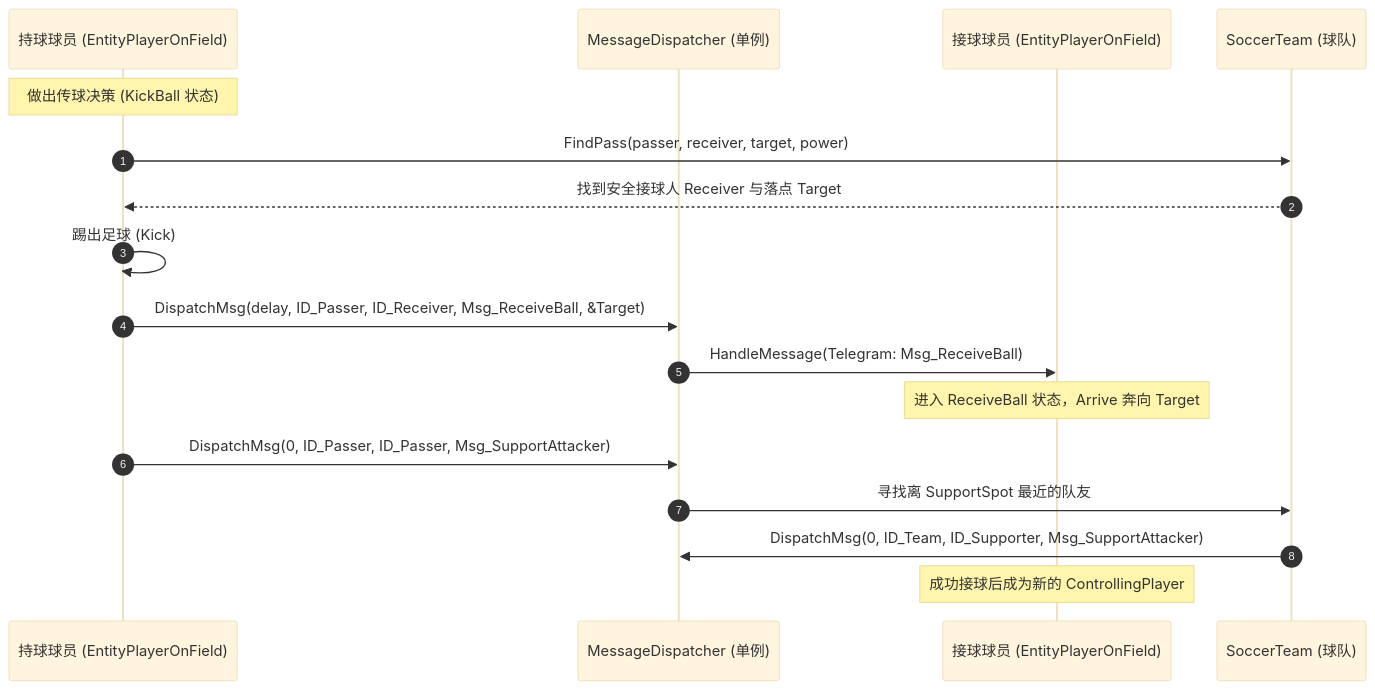
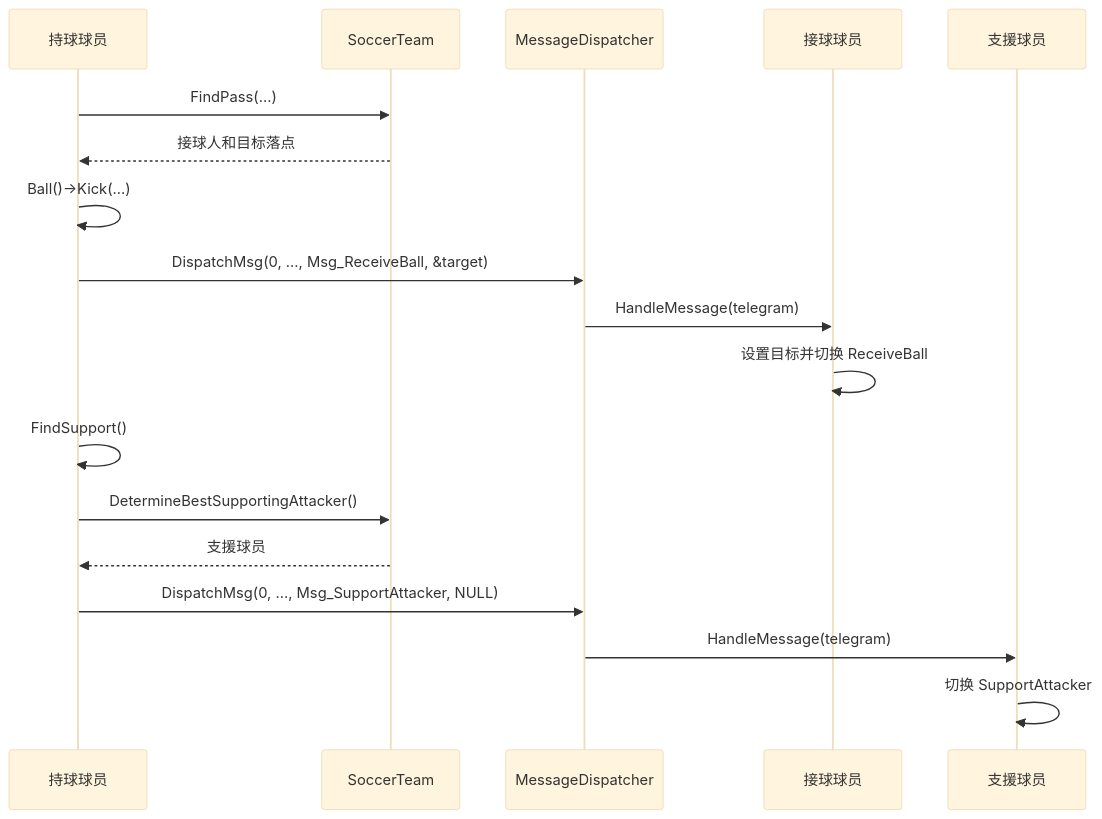
Before and after one commit to blizzardinto/fsm: the seventh of 7 diagrams in DESIGN.md, drawn with Mermaid (base theme). The commit also changed other lines of this file and 1 other file, not shown here.

````diff
--- a/DESIGN.md
+++ b/DESIGN.md
@@ -580,22 +581,20 @@
 ```mermaid
 sequenceDiagram
-    autonumber
-    participant Passer as 持球球员 (EntityPlayerOnField)
-    participant Dispatcher as MessageDispatcher (单例)
-    participant Receiver as 接球球员 (EntityPlayerOnField)
-    participant Team as SoccerTeam (球队)
-
-    Note over Passer: 做出传球决策 (KickBall 状态)
-    Passer->>Team: FindPass(passer, receiver, target, power)
-    Team-->>Passer: 找到安全接球人 Receiver 与落点 Target
-    Passer->>Passer: 踢出足球 (Kick)
-    
-    Passer->>Dispatcher: DispatchMsg(delay, ID_Passer, ID_Receiver, Msg_ReceiveBall, &Target)
-    Dispatcher->>Receiver: HandleMessage(Telegram: Msg_ReceiveBall)
-    Note over Receiver: 进入 ReceiveBall 状态，Arrive 奔向 Target
-    
-    Passer->>Dispatcher: DispatchMsg(0, ID_Passer, ID_Passer, Msg_SupportAttacker)
-    Dispatcher->>Team: 寻找离 SupportSpot 最近的队友
-    Team->>Dispatcher: DispatchMsg(0, ID_Team, ID_Supporter, Msg_SupportAttacker)
-    Note over Receiver: 成功接球后成为新的 ControllingPlayer
+    participant Passer as 持球球员
+    participant Team as SoccerTeam
+    participant Dispatcher as MessageDispatcher
+    participant Receiver as 接球球员
+    participant Supporter as 支援球员
+    Passer->>Team: FindPass(...)
+    Team-->>Passer: 接球人和目标落点
+    Passer->>Passer: Ball()->Kick(...)
+    Passer->>Dispatcher: DispatchMsg(0, ..., Msg_ReceiveBall, &target)
+    Dispatcher->>Receiver: HandleMessage(telegram)
+    Receiver->>Receiver: 设置目标并切换 ReceiveBall
+    Passer->>Passer: FindSupport()
+    Passer->>Team: DetermineBestSupportingAttacker()
+    Team-->>Passer: 支援球员
+    Passer->>Dispatcher: DispatchMsg(0, ..., Msg_SupportAttacker, NULL)
+    Dispatcher->>Supporter: HandleMessage(telegram)
+    Supporter->>Supporter: 切换 SupportAttacker
 ```
````
